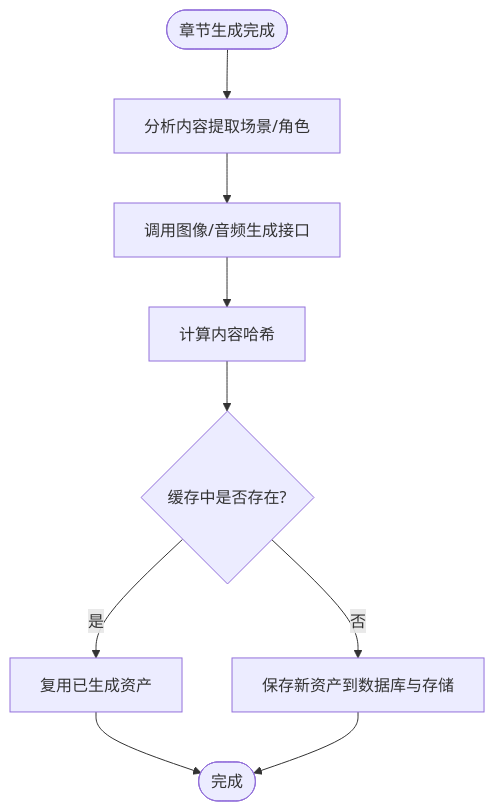
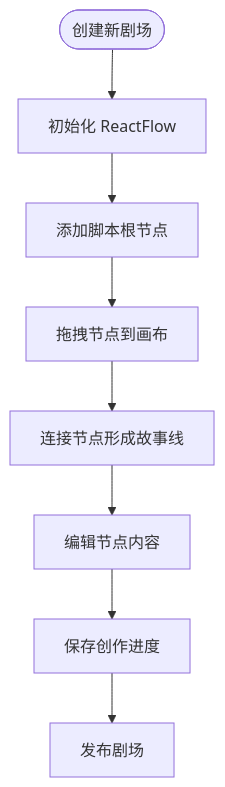
One commit to KunLabAI/KunFlix changed the fifth of 7 diagrams in .qoder/repowiki/zh/content/项目概述/项目概述.md. Above: the diagram before and after it, drawn with Mermaid. The commit also changed other lines of this file and 88 other files, not shown here.

````diff
--- a/.qoder/repowiki/zh/content/项目概述/项目概述.md
+++ b/.qoder/repowiki/zh/content/项目概述/项目概述.md
@@ -334,11 +245,10 @@
 ```mermaid
 flowchart TD
-S(["章节生成完成"]) --> Analyze["分析内容提取场景/角色"]
-Analyze --> Gen["调用图像/音频生成接口"]
-Gen --> Hash["计算内容哈希"]
-Hash --> Dedup{"缓存中是否存在?"}
-Dedup --> |是| Use["复用已生成资产"]
-Dedup --> |否| Save["保存新资产到数据库与存储"]
-Use --> Done(["完成"])
-Save --> Done
+Start(["创建新剧场"]) --> Init["初始化 ReactFlow"]
+Init --> AddScript["添加脚本根节点"]
+AddScript --> DragDrop["拖拽节点到画布"]
+DragDrop --> Connect["连接节点形成故事线"]
+Connect --> Edit["编辑节点内容"]
+Edit --> Save["保存创作进度"]
+Save --> Publish["发布剧场"]
 ```
````
